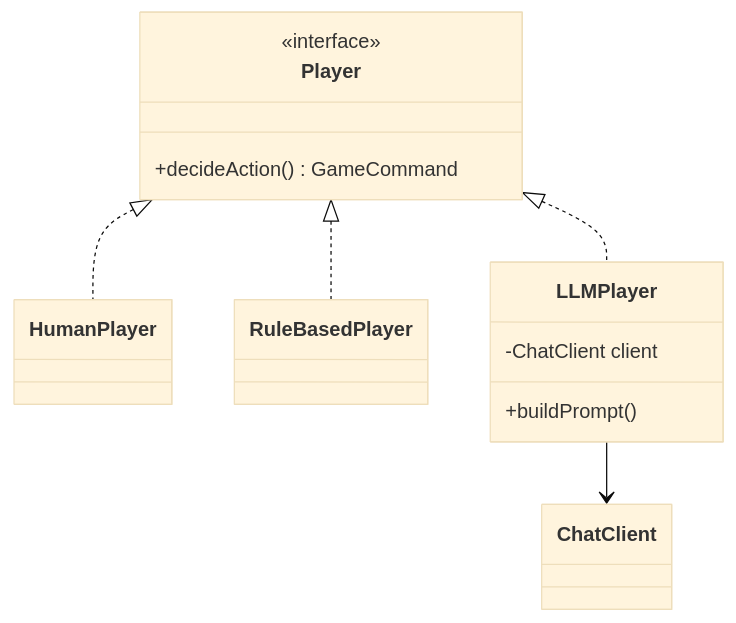
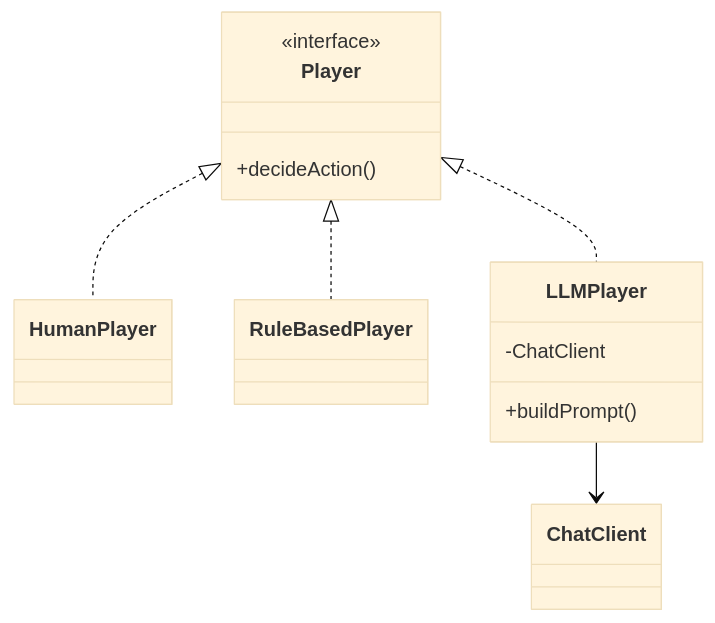
The fourth of 4 diagrams in slides/week-12-spring-ai/slides.md (kousen/software-design-course), drawn with Mermaid (base theme) before and after one commit. The commit also changed other lines of this file, not shown here.

First line of the commit message:
Reduce Assignment 6 Architecture diagram size

````diff
--- a/slides/week-12-spring-ai/slides.md
+++ b/slides/week-12-spring-ai/slides.md
@@ -495,18 +498,18 @@
 ```mermaid
 classDiagram
     class Player {
         <<interface>>
-        +decideAction() GameCommand
+        +decideAction()
     }
     class HumanPlayer
     class RuleBasedPlayer
     class LLMPlayer {
-        -ChatClient client
+        -ChatClient
         +buildPrompt()
     }
 
     Player <|.. HumanPlayer
     Player <|.. RuleBasedPlayer
     Player <|.. LLMPlayer
     LLMPlayer --> ChatClient
 ```
````
